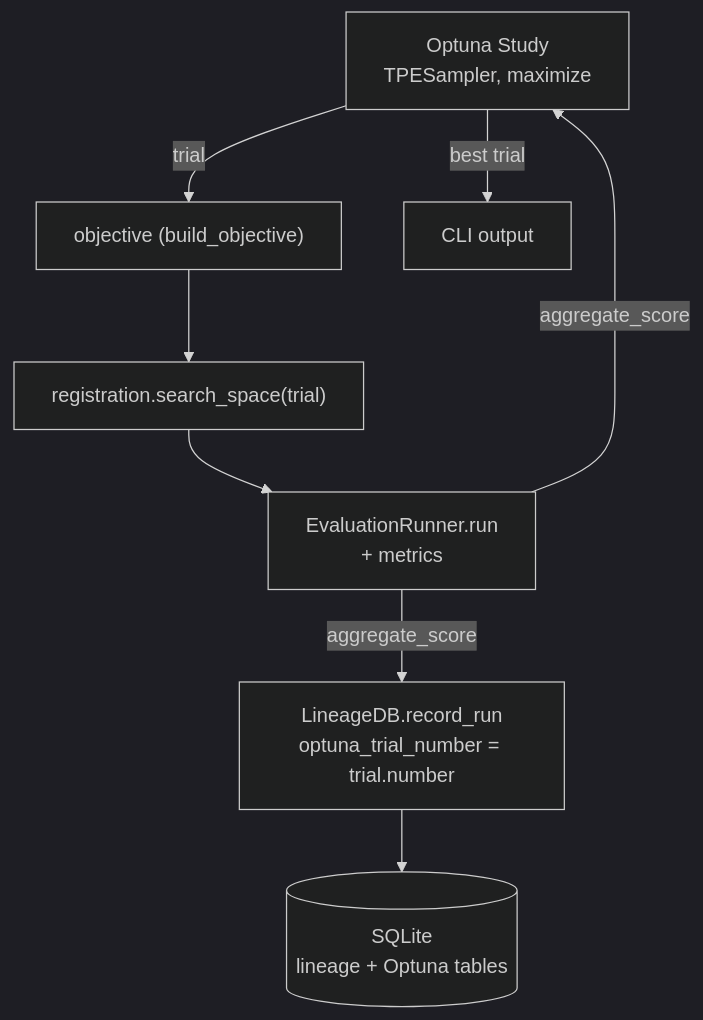
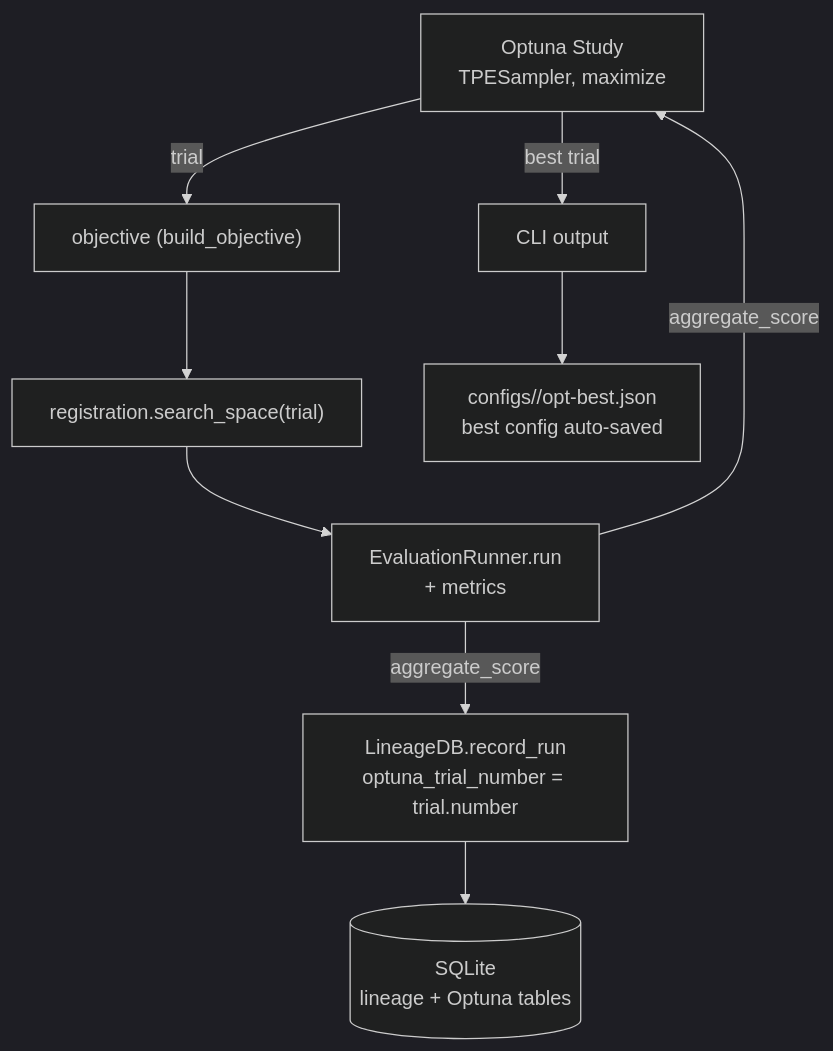
One commit to gamberooni/refinely changed the third of 7 diagrams in docs/architecture.md. Above: the diagram before and after it, drawn with Mermaid (dark theme). The commit also changed other lines of this file and 80 other files, not shown here.

First line of the commit message:
feat: named configs, run tags, model axis, dev ergonomics, cli package

````diff
--- a/docs/architecture.md
+++ b/docs/architecture.md
@@ -121,10 +125,11 @@
 ```mermaid
 flowchart TD
     ST["Optuna Study<br/>TPESampler, maximize"] -->|"trial"| OBJ["objective (build_objective)"]
     OBJ --> SS["registration.search_space(trial)"]
     SS --> RUN["EvaluationRunner.run<br/>+ metrics"]
     RUN -->|aggregate_score| DB["LineageDB.record_run<br/>optuna_trial_number = trial.number"]
     DB --> SQL[("SQLite<br/>lineage + Optuna tables")]
     RUN -->|aggregate_score| ST
     ST -->|best trial| CLI["CLI output"]
+    CLI --> BF["configs/<app>/opt-best.json<br/>best config auto-saved"]
 ```
````
